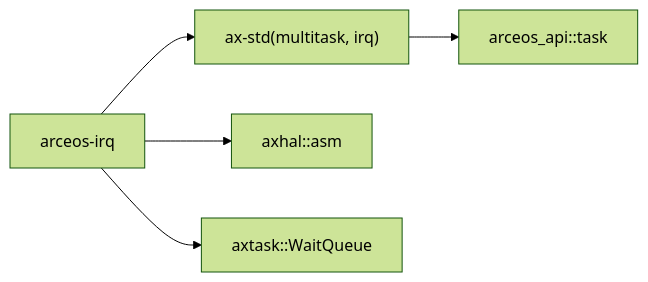
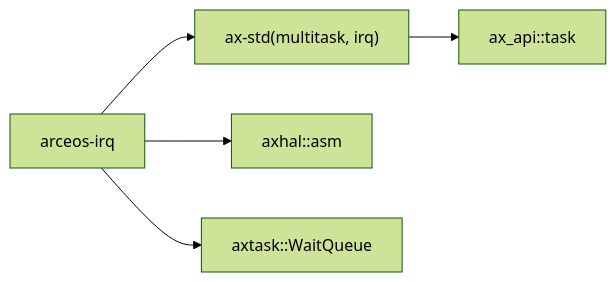
Before and after one commit to zKurisu/tgoskits: the second of 2 diagrams in docs/crates/arceos-irq.md, drawn with Mermaid (forest theme). The commit also changed 61 other files, not shown here.

Commit message:
rename arceos_api to ax-api

````diff
--- a/docs/crates/arceos-irq.md
+++ b/docs/crates/arceos-irq.md
@@ -88,7 +88,7 @@
 ```mermaid
 graph LR
     test["arceos-irq"] --> ax-std["ax-std(multitask, irq)"]
     test --> axhal["axhal::asm"]
     test --> axtask["axtask::WaitQueue"]
-    ax-std --> arceos_api["arceos_api::task"]
+    ax-std --> ax-api["ax_api::task"]
 ```
````
